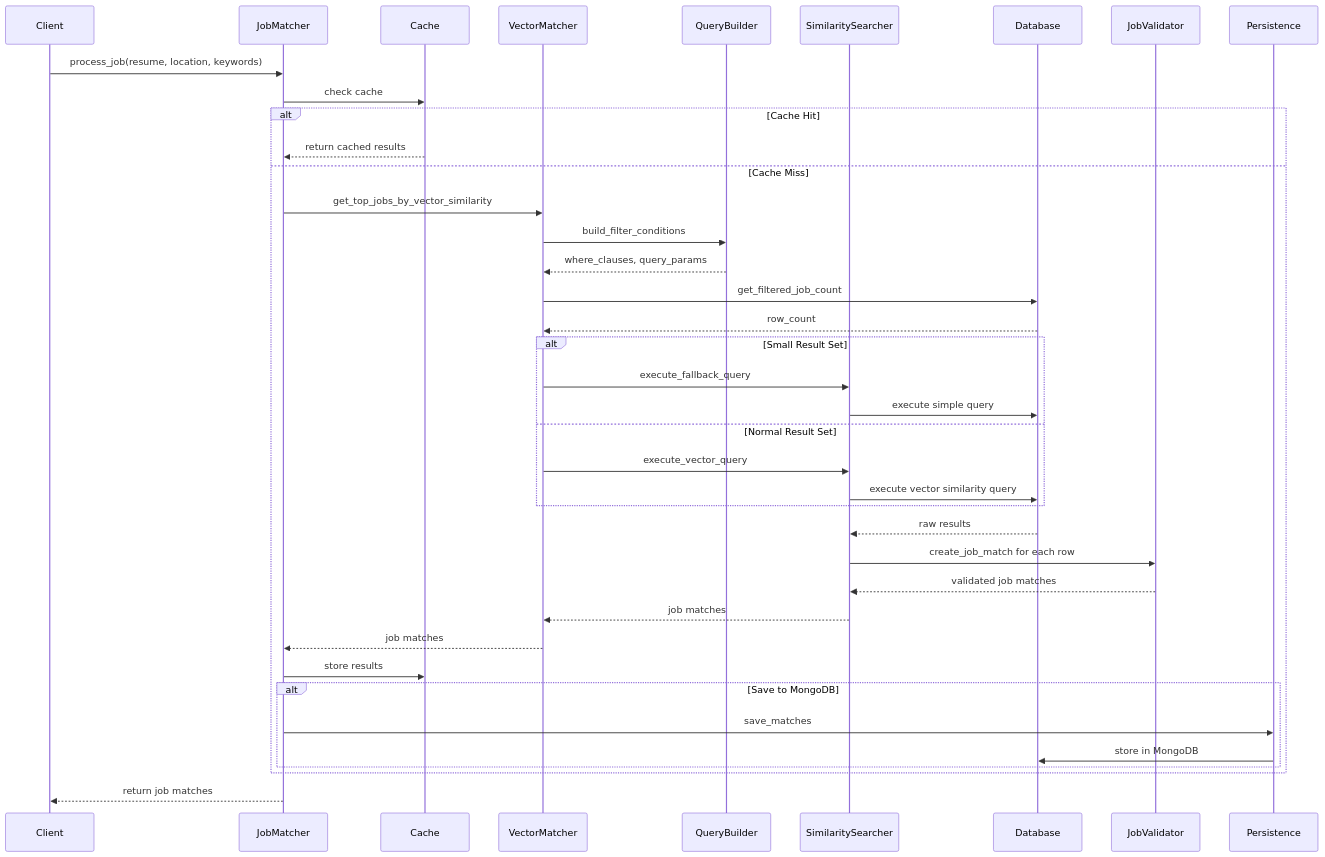
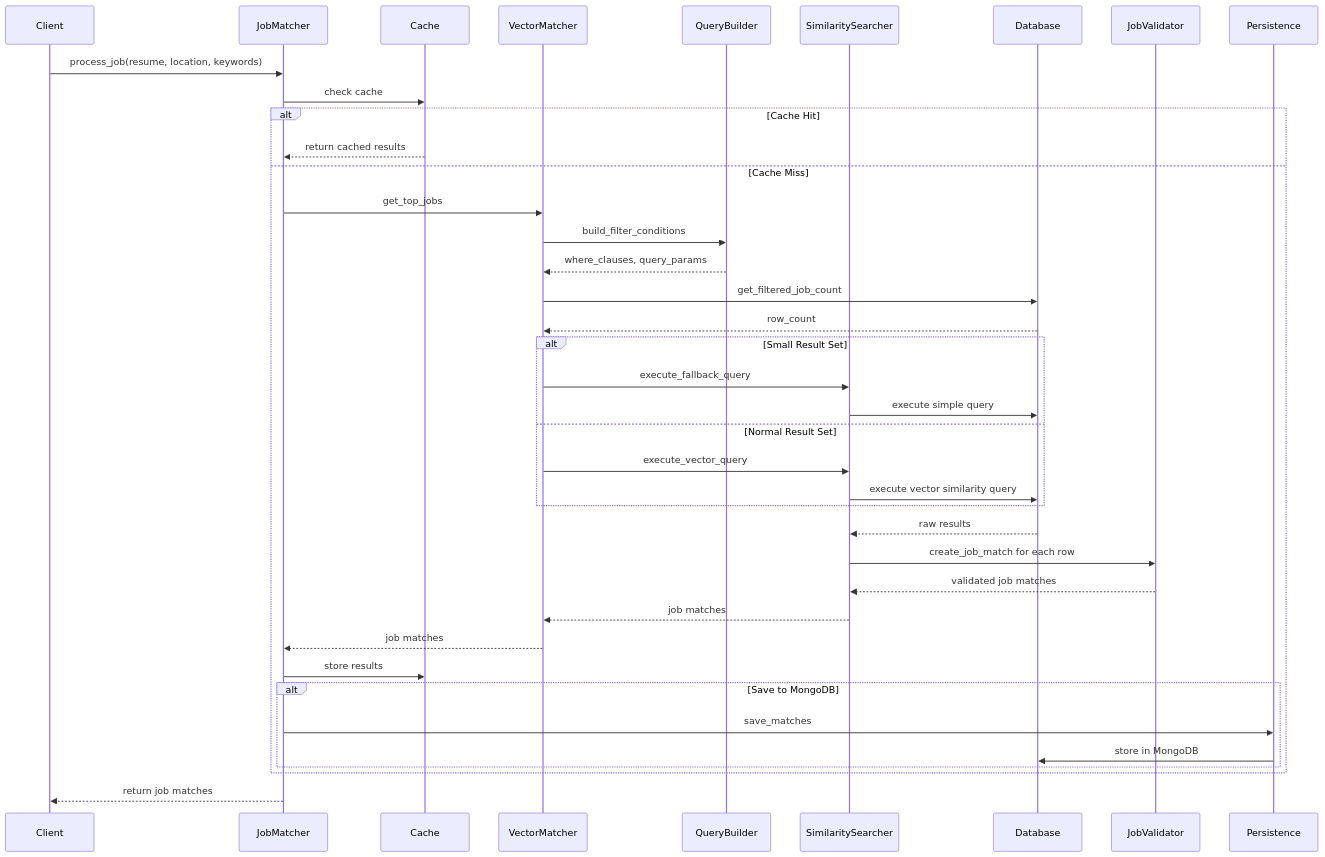
Before and after one commit to AIgen-Solutions-s-r-l/resonance: the third of 5 diagrams in docs/job_matcher/component_diagram.md, drawn with Mermaid. The commit also changed other lines of this file and 14 other files, not shown here.

````diff
--- a/docs/job_matcher/component_diagram.md
+++ b/docs/job_matcher/component_diagram.md
@@ -90,49 +90,49 @@
 ```mermaid
 sequenceDiagram
     participant Client
     participant JobMatcher
     participant Cache
     participant VectorMatcher
     participant QueryBuilder
     participant SimilaritySearcher
     participant Database
     participant JobValidator
     participant Persistence
     
     Client->>JobMatcher: process_job(resume, location, keywords)
     JobMatcher->>Cache: check cache
     
     alt Cache Hit
         Cache-->>JobMatcher: return cached results
     else Cache Miss
-        JobMatcher->>VectorMatcher: get_top_jobs_by_vector_similarity
+        JobMatcher->>VectorMatcher: get_top_jobs
         VectorMatcher->>QueryBuilder: build_filter_conditions
         QueryBuilder-->>VectorMatcher: where_clauses, query_params
         
         VectorMatcher->>Database: get_filtered_job_count
         Database-->>VectorMatcher: row_count
         
         alt Small Result Set
             VectorMatcher->>SimilaritySearcher: execute_fallback_query
             SimilaritySearcher->>Database: execute simple query
         else Normal Result Set
             VectorMatcher->>SimilaritySearcher: execute_vector_query
             SimilaritySearcher->>Database: execute vector similarity query
         end
         
         Database-->>SimilaritySearcher: raw results
         SimilaritySearcher->>JobValidator: create_job_match for each row
         JobValidator-->>SimilaritySearcher: validated job matches
         SimilaritySearcher-->>VectorMatcher: job matches
         VectorMatcher-->>JobMatcher: job matches
         
         JobMatcher->>Cache: store results
         
         alt Save to MongoDB
             JobMatcher->>Persistence: save_matches
             Persistence->>Database: store in MongoDB
         end
     end
     
     JobMatcher-->>Client: return job matches
 ```
````
